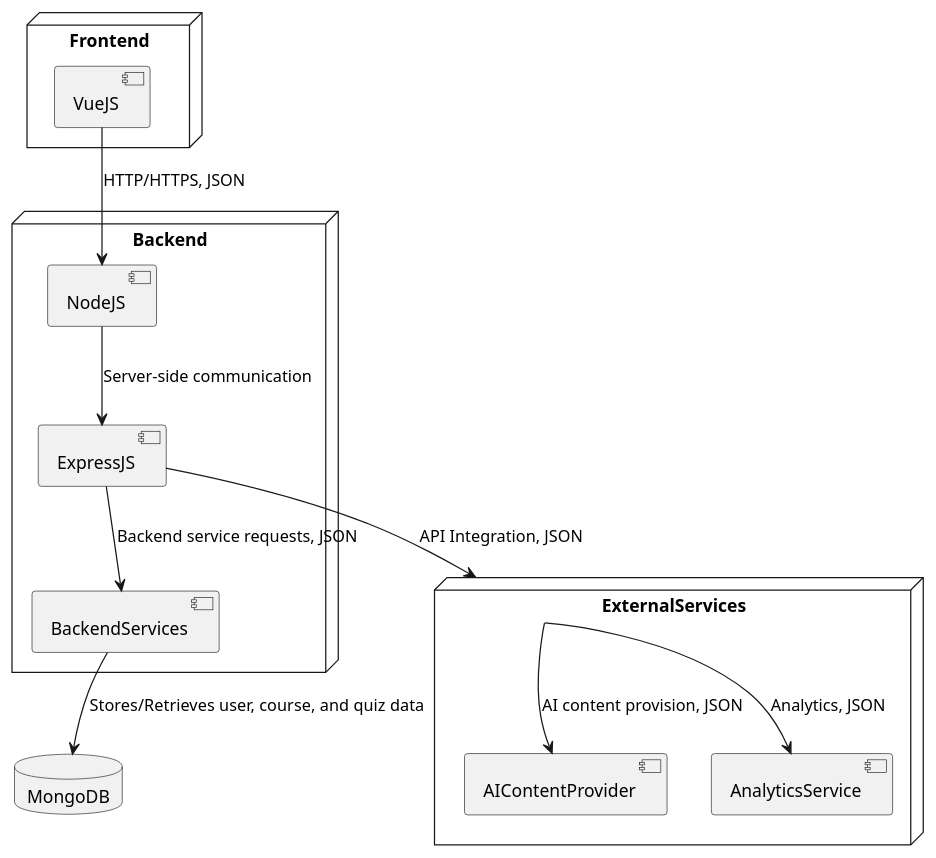
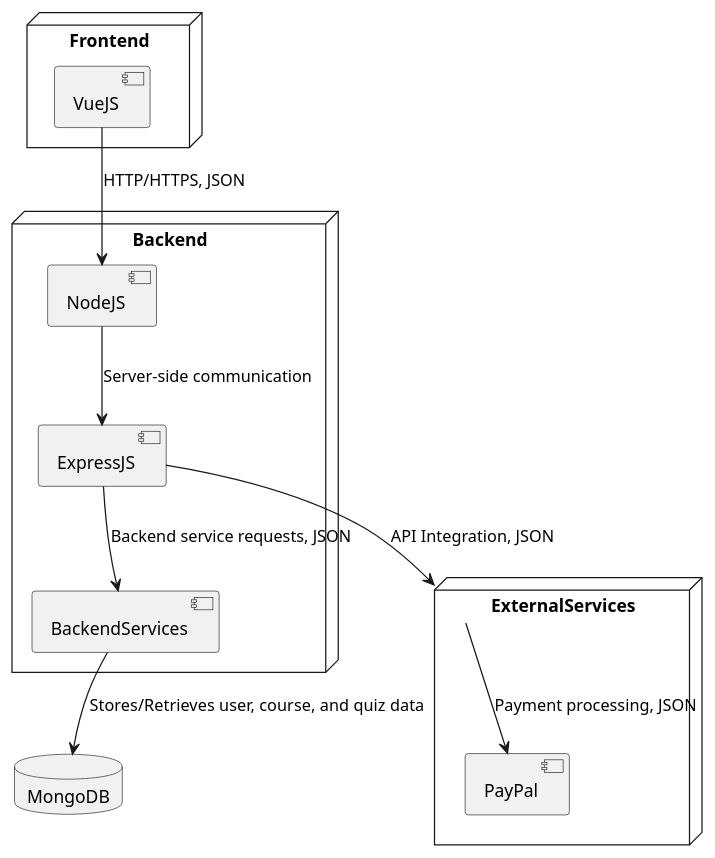
Before and after one commit to YassineRibouh/UMLdiagrams: the diagram in Diagrams/BoxArrow1.iuml, drawn with PlantUML.

```diff
--- a/Diagrams/BoxArrow1.iuml
+++ b/Diagrams/BoxArrow1.iuml
@@ -1,30 +1,28 @@
 @startuml
 top to bottom direction
 
 node Frontend {
   component VueJS as Vue
 }
 
 node Backend {
   component NodeJS as Node
   component ExpressJS as Express
   component BackendServices as BS
 }
 
 database MongoDB as DB
 
 Vue --> Node: HTTP/HTTPS, JSON
 Node --> Express: Server-side communication
 Express --> BS: Backend service requests, JSON
 BS --> DB: Stores/Retrieves user, course, and quiz data
 
 node ExternalServices as ES {
-  component AIContentProvider as AICP
-  component AnalyticsService as AS
+  component PayPal as PaymentGateway
 }
 
 Express --> ES: API Integration, JSON
-ES --> AICP: AI content provision, JSON
-ES --> AS: Analytics, JSON
+ES --> PaymentGateway: Payment processing, JSON
 
 @enduml
```
